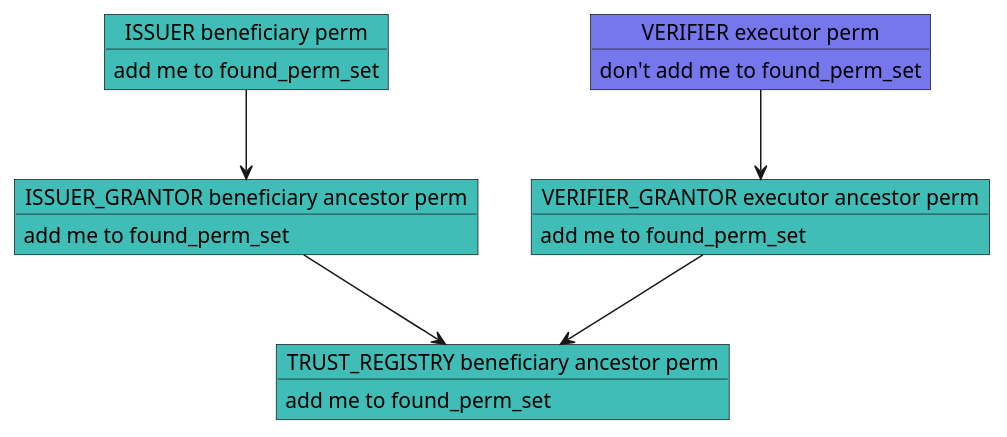
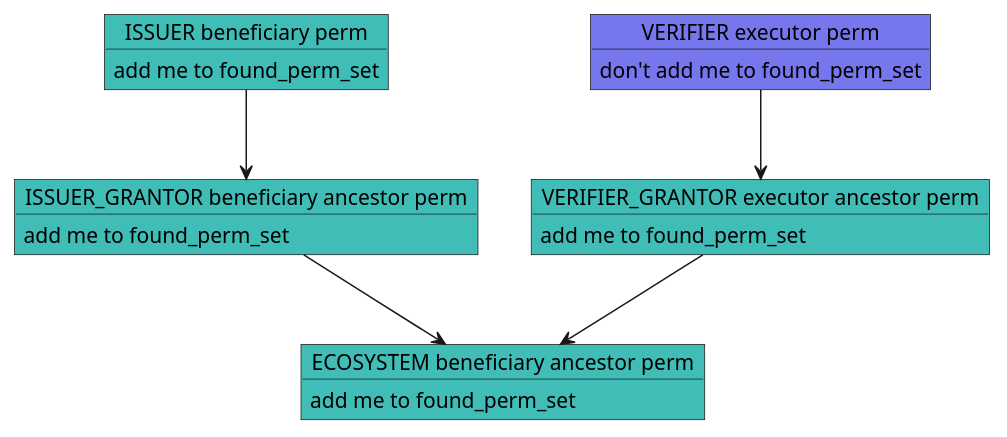
Diagram 13 of 15 in spec.md (verana-labs/verifiable-trust-vpr-spec), drawn with PlantUML before and after one commit. The commit also changed other lines of this file and 1 other file, not shown here.

````diff
--- a/spec.md
+++ b/spec.md
@@ -2888,29 +3016,29 @@
 ```plantuml
 
 @startuml
 scale max 800 width
-object "TRUST_REGISTRY beneficiary ancestor perm" as tr #3fbdb6 {
+object "ECOSYSTEM beneficiary ancestor perm" as tr #3fbdb6 {
   add me to found_perm_set
 }
 object "ISSUER_GRANTOR beneficiary ancestor perm" as ig #3fbdb6 {
   add me to found_perm_set
 }
 object "ISSUER beneficiary perm" as i #3fbdb6 {
   add me to found_perm_set
 }
 
 object "VERIFIER_GRANTOR executor ancestor perm" as vg #3fbdb6 {
   add me to found_perm_set
 }
 object "VERIFIER executor perm" as v #7677ed {
   don't add me to found_perm_set
 }
 
 ig --> tr
 i --> ig 
 vg --> tr
 v --> vg 
 
 @enduml
 
 ```
````
